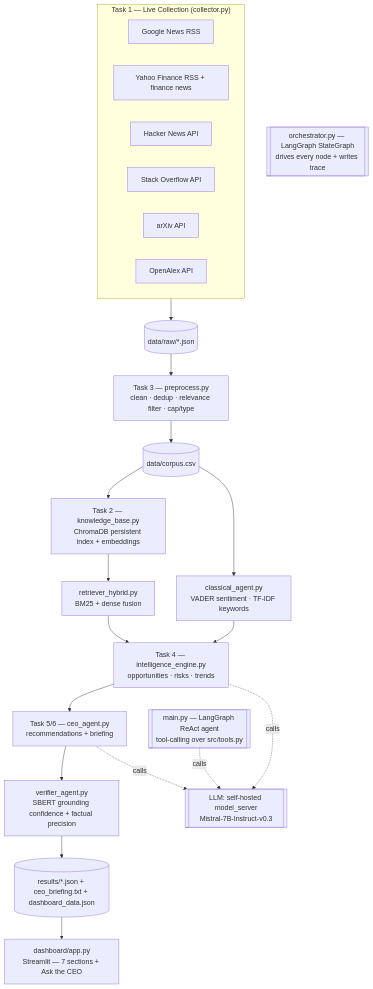
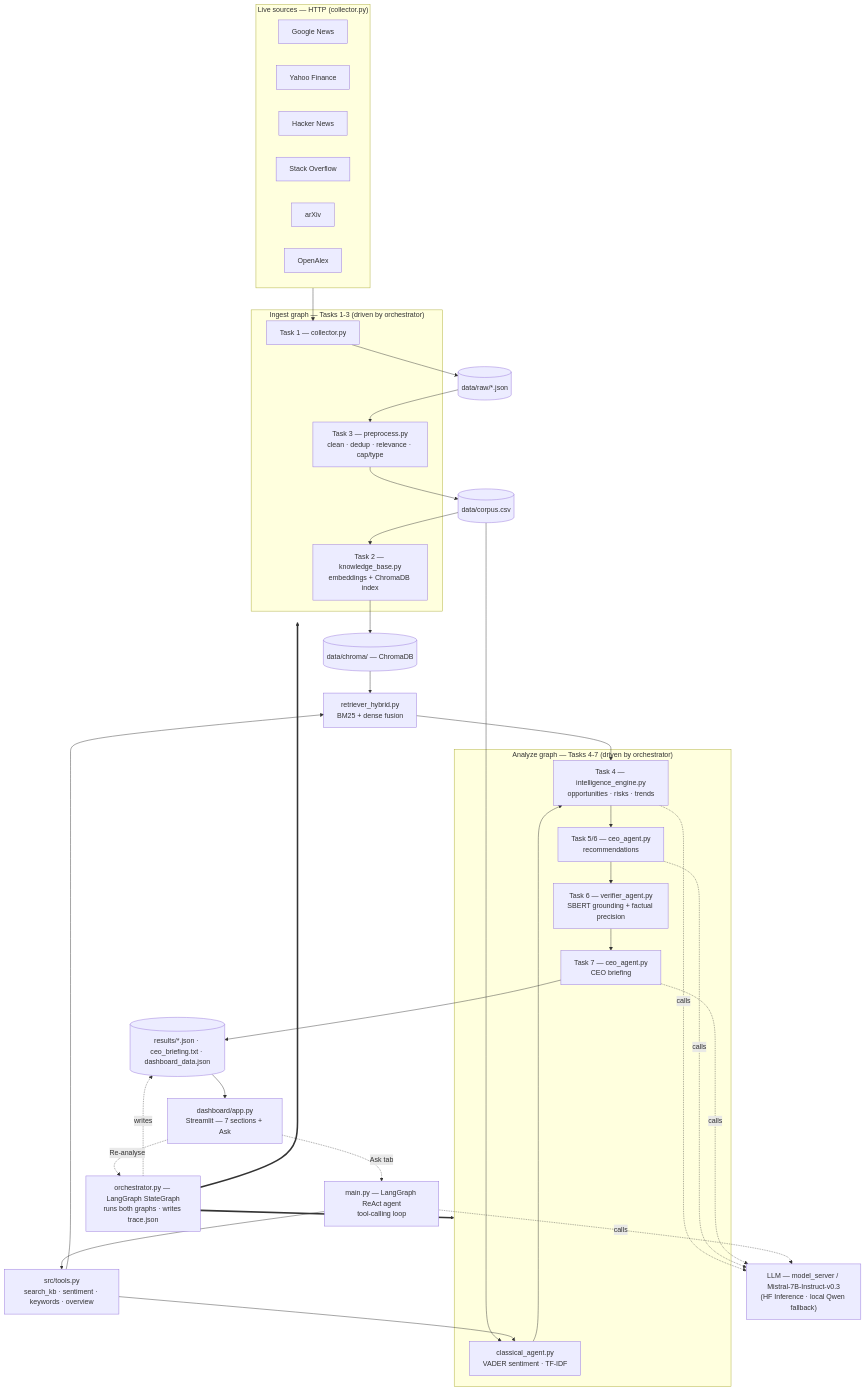
Before and after one commit to mirb-404/NLP_Final_Exam: the diagram in README.md, drawn with Mermaid.

Commit message:
- Fixed Diagram

````diff
--- a/README.md
+++ b/README.md
@@ -22,29 +22,67 @@
 ```mermaid
 flowchart TD
-    subgraph Collect["Task 1 — Live Collection (collector.py)"]
-        N[Google News RSS]
-        F[Yahoo Finance RSS + finance news]
-        H[Hacker News API]
-        S[Stack Overflow API]
-        A[arXiv API]
-        O[OpenAlex API]
+    %% ---------------- live sources ----------------
+    subgraph SRC["Live sources — HTTP (collector.py)"]
+        direction LR
+        N[Google News]
+        F[Yahoo Finance]
+        H[Hacker News]
+        S[Stack Overflow]
+        A[arXiv]
+        O[OpenAlex]
     end
-    Collect --> RAW[(data/raw/*.json)]
-    RAW --> P[Task 3 — preprocess.py<br/>clean · dedup · relevance filter · cap/type]
-    P --> CORP[(data/corpus.csv)]
-    CORP --> KB[Task 2 — knowledge_base.py<br/>ChromaDB persistent index + embeddings]
-    KB --> R[retriever_hybrid.py<br/>BM25 + dense fusion]
-    CORP --> CL[classical_agent.py<br/>VADER sentiment · TF-IDF keywords]
-    R --> IE[Task 4 — intelligence_engine.py<br/>opportunities · risks · trends]
-    CL --> IE
-    IE --> CEO[Task 5/6 — ceo_agent.py<br/>recommendations + briefing]
-    CEO --> V[verifier_agent.py<br/>SBERT grounding confidence + factual precision]
-    V --> OUT[(results/*.json + ceo_briefing.txt + dashboard_data.json)]
-    OUT --> DASH[dashboard/app.py<br/>Streamlit — 7 sections + Ask the CEO]
-    ORCH[[orchestrator.py — LangGraph StateGraph<br/>drives every node + writes trace]]
-    AGENT[[main.py — LangGraph ReAct agent<br/>tool-calling over src/tools.py]]
-    LLM[[LLM: self-hosted model_server<br/>Mistral-7B-Instruct-v0.3]]
-    AGENT -.calls.-> LLM
-    IE -.calls.-> LLM
-    CEO -.calls.-> LLM
+
+    %% ---------------- ingest graph: Tasks 1-3 ----------------
+    subgraph INGEST["Ingest graph — Tasks 1-3 (driven by orchestrator)"]
+        COL["Task 1 — collector.py"]
+        PRE["Task 3 — preprocess.py<br/>clean · dedup · relevance · cap/type"]
+        IDX["Task 2 — knowledge_base.py<br/>embeddings + ChromaDB index"]
+    end
+
+    %% ---------------- analyze graph: Tasks 4-7 ----------------
+    subgraph ANALYZE["Analyze graph — Tasks 4-7 (driven by orchestrator)"]
+        CL["classical_agent.py<br/>VADER sentiment · TF-IDF"]
+        IE["Task 4 — intelligence_engine.py<br/>opportunities · risks · trends"]
+        REC["Task 5/6 — ceo_agent.py<br/>recommendations"]
+        VER["Task 6 — verifier_agent.py<br/>SBERT grounding + factual precision"]
+        BRIEF["Task 7 — ceo_agent.py<br/>CEO briefing"]
+    end
+
+    %% ---------------- artifacts + the rest ----------------
+    RAW[(data/raw/*.json)]
+    CORP[(data/corpus.csv)]
+    CHROMA[(data/chroma/ — ChromaDB)]
+    R["retriever_hybrid.py<br/>BM25 + dense fusion"]
+    OUT[(results/*.json · ceo_briefing.txt · dashboard_data.json)]
+    DASH["dashboard/app.py<br/>Streamlit — 7 sections + Ask"]
+    ORCH["orchestrator.py — LangGraph StateGraph<br/>runs both graphs · writes trace.json"]
+    AGENT["main.py — LangGraph ReAct agent<br/>tool-calling loop"]
+    TOOLS["src/tools.py<br/>search_kb · sentiment · keywords · overview"]
+    LLM["LLM — model_server / Mistral-7B-Instruct-v0.3<br/>(HF Inference · local Qwen fallback)"]
+
+    %% ---------------- data spine ----------------
+    SRC --> COL
+    COL --> RAW --> PRE --> CORP
+    CORP --> IDX --> CHROMA --> R
+    CORP --> CL
+    R --> IE
+    CL --> IE --> REC --> VER --> BRIEF --> OUT --> DASH
+
+    %% ---------------- orchestrator drives both graphs ----------------
+    ORCH ==> INGEST
+    ORCH ==> ANALYZE
+    ORCH -. writes .-> OUT
+
+    %% ---------------- interactive ReAct agent ----------------
+    DASH -. Ask tab .-> AGENT
+    DASH -. Re-analyse .-> ORCH
+    AGENT --> TOOLS
+    TOOLS --> R
+    TOOLS --> CL
+
+    %% ---------------- LLM calls ----------------
+    IE -. calls .-> LLM
+    REC -. calls .-> LLM
+    BRIEF -. calls .-> LLM
+    AGENT -. calls .-> LLM
 ```
````
